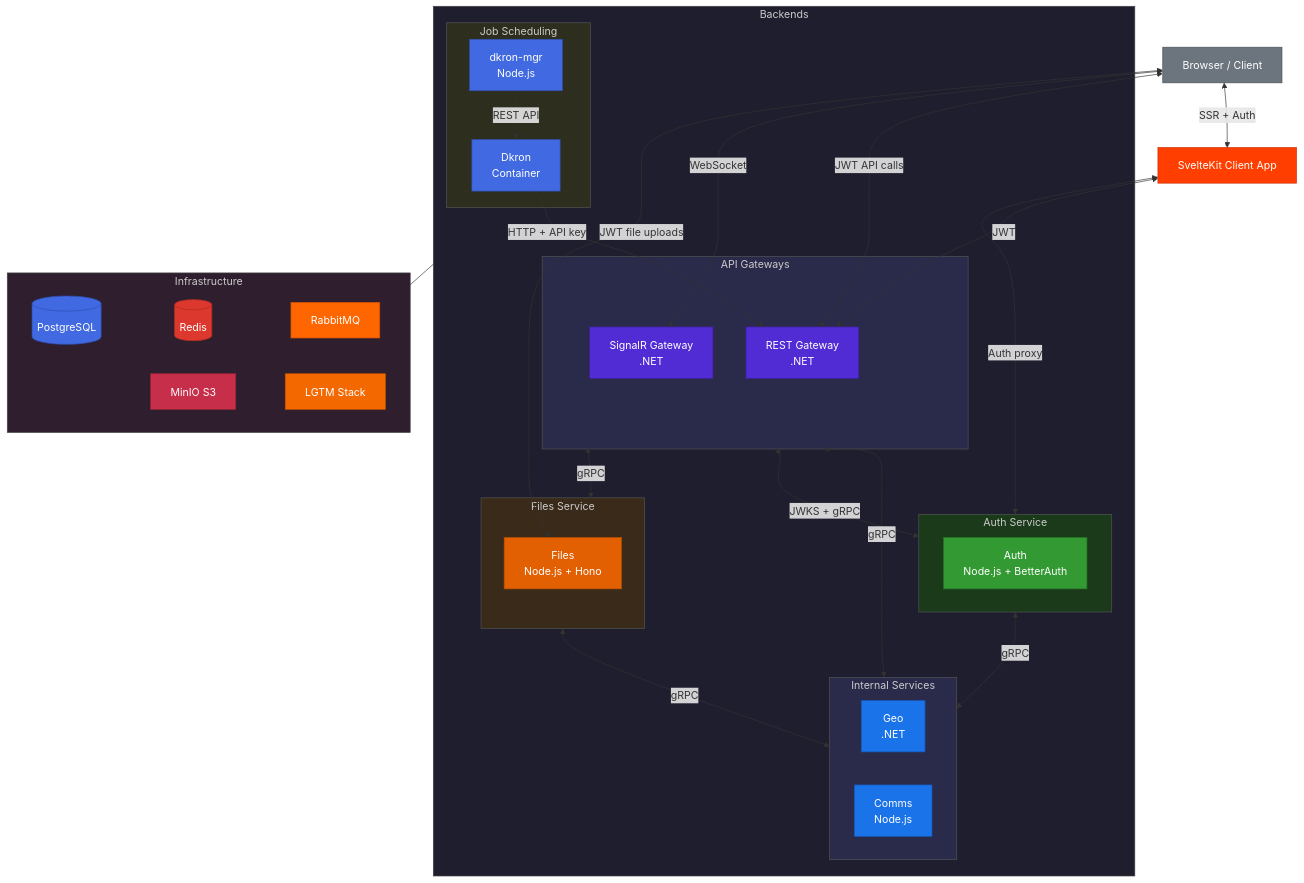
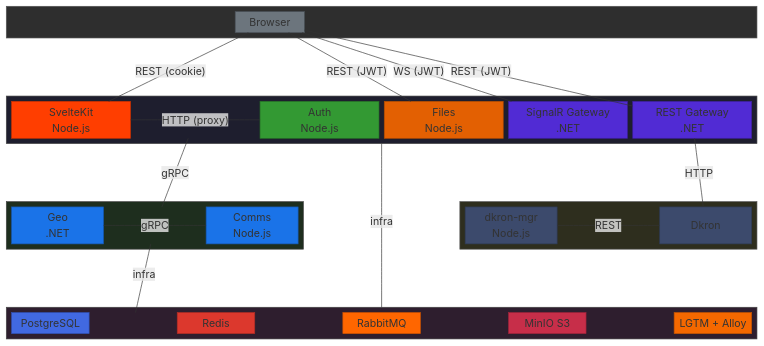
Before and after one commit to DCSV-io/D2-WORX: the diagram in README.md, drawn with Mermaid.

Commit message:
docs(readme): redesign architecture diagram with block-beta grid layout
Replace flowchart/graph Mermaid diagram with block-beta for deterministic
grid layout. Tiered architecture (Client → Public-Facing → Internal →
Jobs → Infrastructure) with protocol-labeled edges, bidirectional lines,
and invisible anchor nodes for clean vertical routing.

````diff
--- a/README.md
+++ b/README.md
@@ -58,90 +58,88 @@
 ```mermaid
-graph TB
-    BROWSER[Browser / Client]
+block-beta
+    columns 10
 
-    SK[SvelteKit Client App]
-
-    subgraph Backends
-        subgraph Gateways["API Gateways"]
-            REST[REST Gateway<br/>.NET]
-            SR[SignalR Gateway<br/>.NET]
-        end
-
-        subgraph AuthSvc["Auth Service"]
-            AUTH[Auth<br/>Node.js + BetterAuth]
-        end
-
-        subgraph FilesSvc["Files Service"]
-            FILES[Files<br/>Node.js + Hono]
-        end
-
-        subgraph Services["Internal Services"]
-            GEO[Geo<br/>.NET]
-            COMMS[Comms<br/>Node.js]
-        end
-
-        subgraph Jobs["Job Scheduling"]
-            DKRON[Dkron<br/>Container]
-            DKRONMGR[dkron-mgr<br/>Node.js]
-        end
-
-        Gateways <-->|gRPC| Services
-        Gateways <-->|JWKS + gRPC| AuthSvc
-        Gateways <-->|gRPC| FilesSvc
-        AuthSvc <-->|gRPC| Services
-        FilesSvc <-->|gRPC| Services
-        DKRONMGR -->|REST API| DKRON
-        DKRON -->|HTTP + API key| REST
+    block:Client:10
+        columns 10
+        space:3 BROWSER["Browser"] space:2 space:4
     end
 
-    subgraph Infra["Infrastructure"]
-        PG[(PostgreSQL)] ~~~ REDIS[(Redis)] ~~~ RMQ[RabbitMQ]
-        MINIO[MinIO S3] ~~~ LGTM[LGTM Stack]
+    space:10
+
+    block:Edge:10
+        columns 6
+        SK["SvelteKit\nNode.js"]
+        E_MID[" "]
+        AUTH["Auth\nNode.js"]
+        FILES["Files\nNode.js"]
+        SR["SignalR Gateway\n.NET"]
+        REST["REST Gateway\n.NET"]
     end
 
-    %% External connections
-    BROWSER <-->|SSR + Auth| SK
-    BROWSER <-->|JWT API calls| REST
-    BROWSER <-->|WebSocket| SR
-    SK <-->|JWT| REST
-    SK <-->|Auth proxy| AuthSvc
-    BROWSER <-->|JWT file uploads| FILES
+    space:10
 
-    %% Infra connection
-    Backends --- Infra
+    block:Internal:4
+        columns 3
+        GEO["Geo\n.NET"]
+        I_MID[" "]
+        COMMS["Comms\nNode.js"]
+    end
+    space:2
+    block:Jobs:4
+        columns 3
+        DKRONMGR["dkron-mgr\nNode.js"]
+        space
+        DKRON["Dkron"]
+    end
 
-    %% Node colors
-    classDef browser fill:#6c757d,stroke:#495057,color:#fff
-    classDef svelte fill:#FF3E00,stroke:#c73100,color:#fff
-    classDef gateway fill:#512BD4,stroke:#3d1f9e,color:#fff
-    classDef auth fill:#339933,stroke:#267326,color:#fff
-    classDef files fill:#E36002,stroke:#b34d01,color:#fff
-    classDef service fill:#1a73e8,stroke:#1557b0,color:#fff
-    classDef infra fill:#4169E1,stroke:#2f4fb3,color:#fff
-    classDef redis fill:#DC382D,stroke:#b02d24,color:#fff
-    classDef rabbitmq fill:#FF6600,stroke:#cc5200,color:#fff
-    classDef minio fill:#C72E49,stroke:#9e243a,color:#fff
-    classDef grafana fill:#F46800,stroke:#c35300,color:#fff
+    space:10
 
-    class BROWSER browser
-    class SK svelte
-    class REST,SR gateway
-    class AUTH auth
-    class GEO,COMMS service
-    class FILES files
-    class DKRON,DKRONMGR infra
-    class PG infra
-    class REDIS redis
-    class RMQ rabbitmq
-    class MINIO minio
-    class LGTM grafana
+    block:Infra:10
+        columns 9
+        PG["PostgreSQL"]
+        INF_MID[" "]
+        REDIS["Redis"]
+        space
+        RMQ["RabbitMQ"]
+        space
+        MINIO["MinIO S3"]
+        space
+        LGTM["LGTM + Alloy"]
+    end
 
-    %% Subgraph colors
-    style Backends fill:#1e1e2e,stroke:#444,color:#ccc
-    style Gateways fill:#2a2a4a,stroke:#555,color:#ccc
-    style AuthSvc fill:#1a3a1a,stroke:#555,color:#ccc
-    style FilesSvc fill:#3a2a1a,stroke:#555,color:#ccc
-    style Services fill:#2a2a4a,stroke:#555,color:#ccc
+    BROWSER -- "REST (cookie)" --- SK
+    BROWSER -- "WS (JWT)" --- SR
+    BROWSER -- "REST (JWT)" --- REST
+    BROWSER -- "REST (JWT)" --- FILES
+    SK -- "HTTP (proxy)" --- AUTH
+    E_MID -- "gRPC" --- I_MID
+    Edge -- "infra" --- Infra
+    I_MID -- "infra" --- INF_MID
+    DKRON -- "HTTP" --- REST
+    GEO -- "gRPC" --- COMMS
+    DKRONMGR -- "REST" --- DKRON
+
+    style BROWSER fill:#6c757d,stroke:#495057,color:#fff
+    style SK fill:#FF3E00,stroke:#c73100,color:#fff
+    style REST fill:#512BD4,stroke:#3d1f9e,color:#fff
+    style SR fill:#512BD4,stroke:#3d1f9e,color:#fff
+    style AUTH fill:#339933,stroke:#267326,color:#fff
+    style FILES fill:#E36002,stroke:#b34d01,color:#fff
+    style GEO fill:#1a73e8,stroke:#1557b0,color:#fff
+    style COMMS fill:#1a73e8,stroke:#1557b0,color:#fff
+    style DKRONMGR fill:#3C4A6C,stroke:#2e3a54,color:#fff
+    style DKRON fill:#3C4A6C,stroke:#2e3a54,color:#fff
+    style PG fill:#4169E1,stroke:#2f4fb3,color:#fff
+    style REDIS fill:#DC382D,stroke:#b02d24,color:#fff
+    style RMQ fill:#FF6600,stroke:#cc5200,color:#fff
+    style MINIO fill:#C72E49,stroke:#9e243a,color:#fff
+    style LGTM fill:#F46800,stroke:#c35300,color:#fff
+    style Client fill:#2e2e2e,stroke:#555,color:#ccc
+    style Edge fill:#1e1e2e,stroke:#444,color:#ccc
+    style Internal fill:#1e2e1e,stroke:#444,color:#ccc
     style Jobs fill:#2e2e1e,stroke:#555,color:#ccc
+    style E_MID fill:transparent,stroke:transparent,color:transparent
+    style I_MID fill:transparent,stroke:transparent,color:transparent
+    style INF_MID fill:transparent,stroke:transparent,color:transparent
     style Infra fill:#2e1e2e,stroke:#444,color:#ccc
 ```
````
